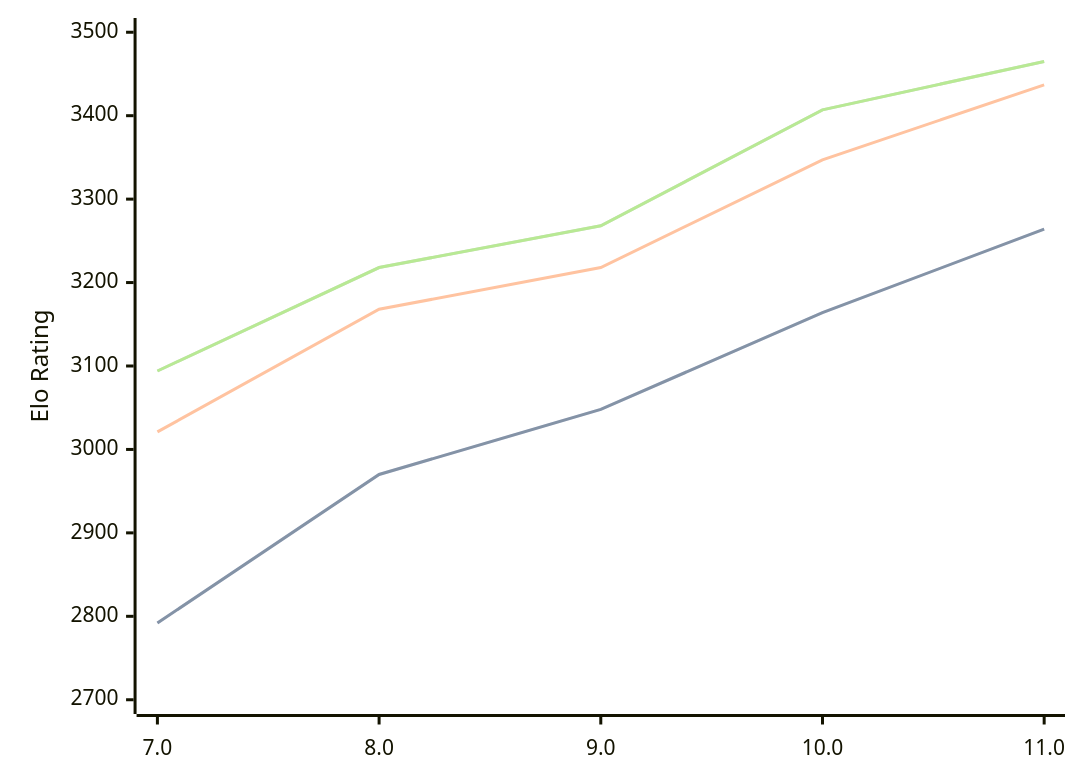
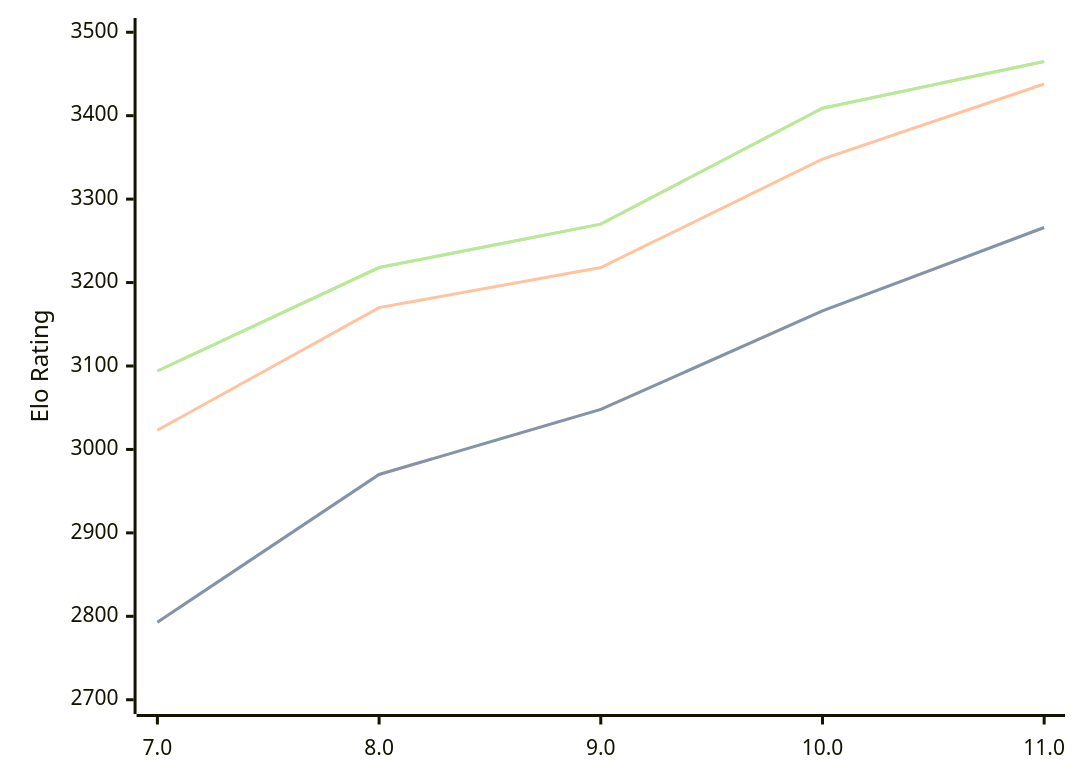
One commit to computer-chess-index/cci changed the diagram in engines/Tcheran.md. Above: the diagram before and after it, drawn with Mermaid. The commit also changed other lines of this file, not shown here.

Commit message:
Update CCI Ratings (ELO VLTC) - 2026-04-01

````diff
--- a/engines/Tcheran.md
+++ b/engines/Tcheran.md
@@ -49,11 +49,11 @@
 ```mermaid
 %%{init: {"theme":"base","themeVariables":{"seriesColors:['#a3a3a3','#222221','#faa371']}}}%%
 xychart-beta
   x-axis ["7.0", "8.0", "9.0", "10.0", "11.0"]
   y-axis "Elo Rating" 2700 --> 3500
-  line "STC (8.0+0.08s)" [2792, 2970, 3048, 3164, 3264]
-  line "STC (8.0+0.08s)" [2792, 2970, 3048, 3164, 3264]
-  line "LTC (60.0+0.60s)" [3021, 3168, 3218, 3347, 3437]
-  line "VLTC (2m24s+1.12s)" [3094, 3218, 3268, 3407, 3465]
-  line "VLTC (2m24s+1.12s)" [3094, 3218, 3268, 3407, 3465]
+  line "STC (8.0+0.08s)" [2793, 2970, 3048, 3166, 3266]
+  line "STC (8.0+0.08s)" [2793, 2970, 3048, 3166, 3266]
+  line "LTC (60.0+0.60s)" [3023, 3170, 3218, 3348, 3438]
+  line "VLTC (2m24s+1.12s)" [3094, 3218, 3270, 3409, 3465]
+  line "VLTC (2m24s+1.12s)" [3094, 3218, 3270, 3409, 3465]
 ```
````
